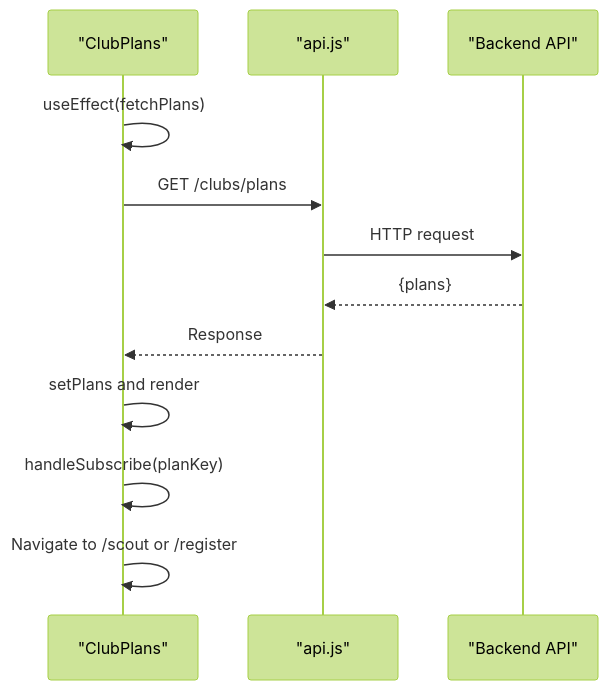
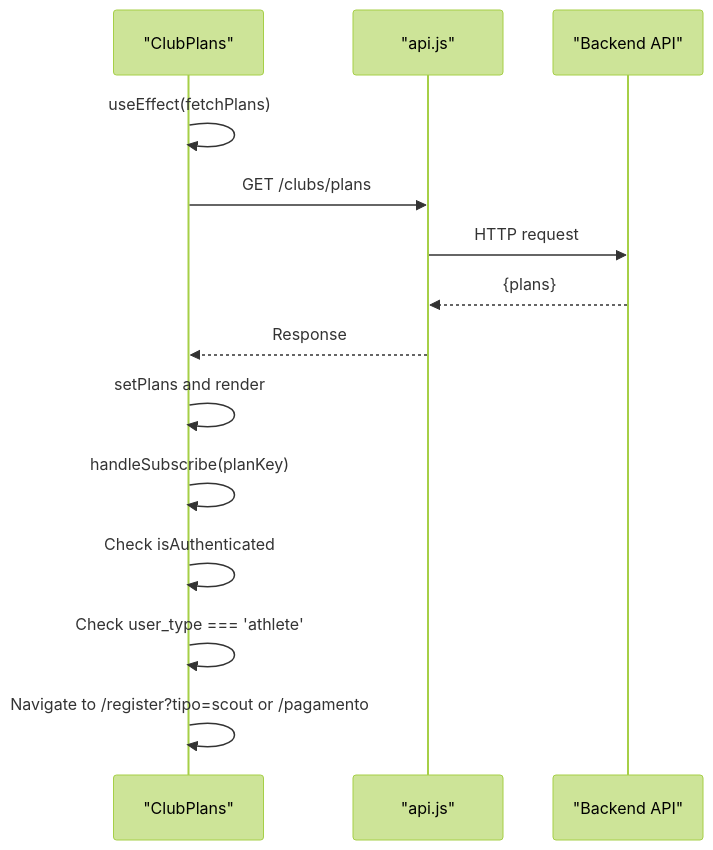
Diagram 12 of 14 in .qoder/repowiki/en/content/Frontend Application/Page Components.md (Alexandrexicara/craque-vision), drawn with Mermaid (forest theme) before and after one commit. The commit also changed other lines of this file and 5 other files, not shown here.

````diff
--- a/.qoder/repowiki/en/content/Frontend Application/Page Components.md
+++ b/.qoder/repowiki/en/content/Frontend Application/Page Components.md
@@ -476,14 +501,16 @@
 ```mermaid
 sequenceDiagram
 participant CP as "ClubPlans"
 participant A as "api.js"
 participant S as "Backend API"
 CP->>CP : useEffect(fetchPlans)
 CP->>A : GET /clubs/plans
 A->>S : HTTP request
 S-->>A : {plans}
 A-->>CP : Response
 CP->>CP : setPlans and render
 CP->>CP : handleSubscribe(planKey)
-CP->>CP : Navigate to /scout or /register
+CP->>CP : Check isAuthenticated
+CP->>CP : Check user_type === 'athlete'
+CP->>CP : Navigate to /register?tipo=scout or /pagamento
 ```
````
